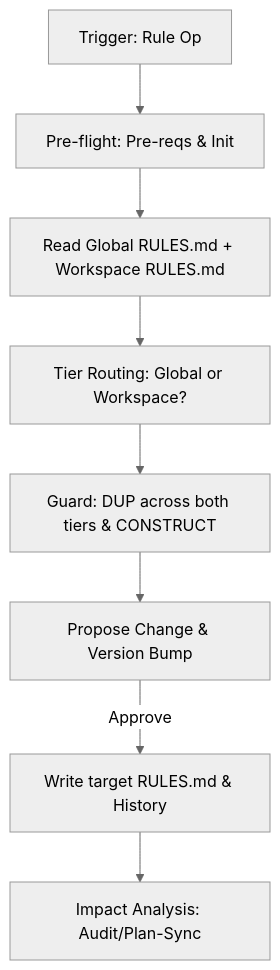
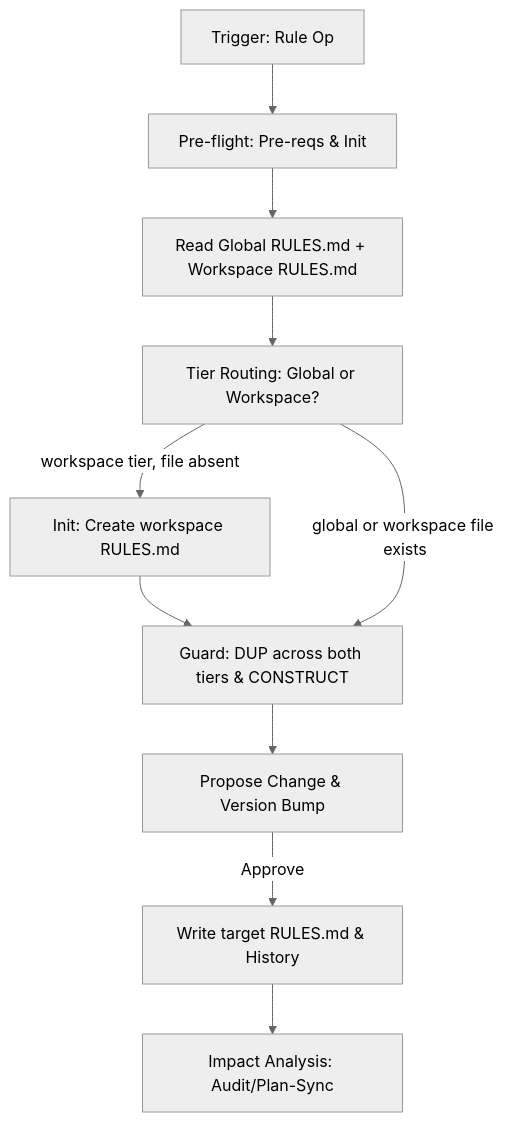
One commit to teratron/magic-spec changed the diagram in .magic/rule.md. Above: the diagram before and after it, drawn with Mermaid (neutral theme). The commit also changed other lines of this file and 3 other files, not shown here.

````diff
--- a/.magic/rule.md
+++ b/.magic/rule.md
@@ -28,10 +28,12 @@
 ```mermaid
 graph TD
     A[Trigger: Rule Op] --> B[Pre-flight: Pre-reqs & Init]
     B --> C[Read Global RULES.md + Workspace RULES.md]
     C --> D[Tier Routing: Global or Workspace?]
-    D --> E[Guard: DUP across both tiers & CONSTRUCT]
+    D -->|workspace tier, file absent| D2[Init: Create workspace RULES.md]
+    D2 --> E[Guard: DUP across both tiers & CONSTRUCT]
+    D -->|global or workspace file exists| E
     E --> F[Propose Change & Version Bump]
     F -->|Approve| G[Write target RULES.md & History]
     G --> H[Impact Analysis: Audit/Plan-Sync]
 ```
````
